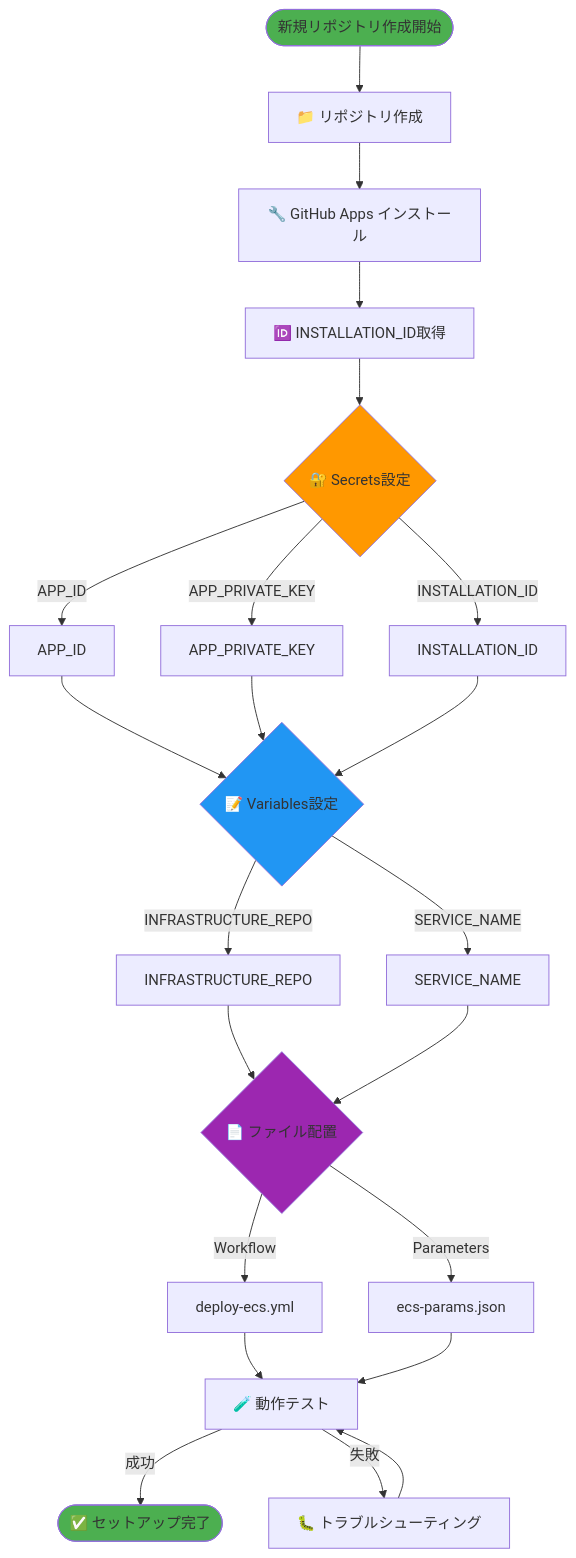
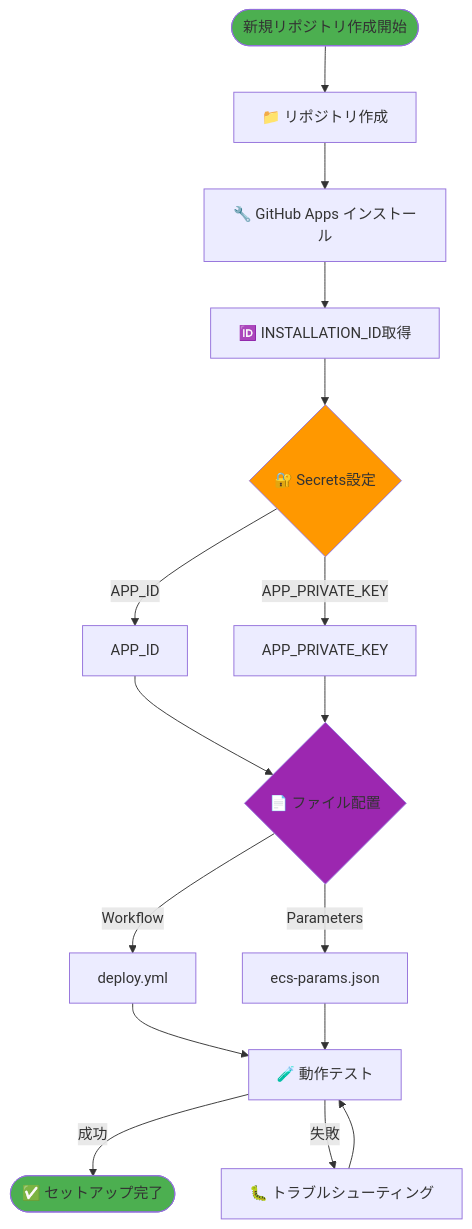
The fifth of 7 diagrams in ECS_Task_Definition_Management.md (clf13092/ecs-task-definition-management), drawn with Mermaid before and after one commit. The commit also changed other lines of this file, not shown here.

First line of the commit message:
Update documentation to reflect current workflow implementation

````diff
--- a/ECS_Task_Definition_Management.md
+++ b/ECS_Task_Definition_Management.md
@@ -188,38 +183,29 @@
 ```mermaid
 flowchart TD
     START([新規リポジトリ作成開始]) --> REPO[📁 リポジトリ作成]
     
     REPO --> INSTALL[🔧 GitHub Apps インストール]
     INSTALL --> GETID[🆔 INSTALLATION_ID取得]
     
     GETID --> SECRETS{🔐 Secrets設定}
     SECRETS --> |APP_ID| S1[APP_ID]
     SECRETS --> |APP_PRIVATE_KEY| S2[APP_PRIVATE_KEY]
-    SECRETS --> |INSTALLATION_ID| S3[INSTALLATION_ID]
     
-    S1 --> VARS{📝 Variables設定}
-    S2 --> VARS
-    S3 --> VARS
+    S1 --> FILES{📄 ファイル配置}
+    S2 --> FILES
     
-    VARS --> |INFRASTRUCTURE_REPO| V1[INFRASTRUCTURE_REPO]
-    VARS --> |SERVICE_NAME| V2[SERVICE_NAME]
-    
-    V1 --> FILES{📄 ファイル配置}
-    V2 --> FILES
-    
-    FILES --> |Workflow| F1[deploy-ecs.yml]
+    FILES --> |Workflow| F1[deploy.yml]
     FILES --> |Parameters| F2[ecs-params.json]
     
     F1 --> TEST[🧪 動作テスト]
     F2 --> TEST
     
     TEST --> |成功| SUCCESS([✅ セットアップ完了])
     TEST --> |失敗| DEBUG[🐛 トラブルシューティング]
     DEBUG --> TEST
     
     style START fill:#4caf50
     style SUCCESS fill:#4caf50
     style SECRETS fill:#ff9800
-    style VARS fill:#2196f3
     style FILES fill:#9c27b0
 ```
````
